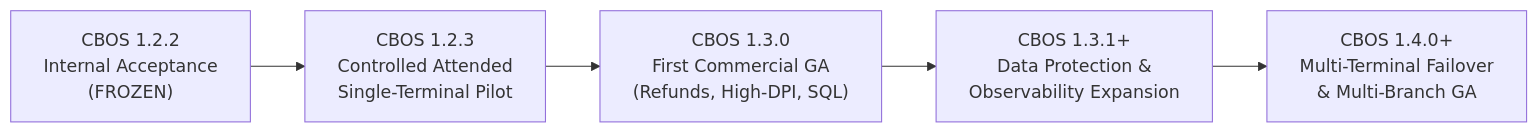
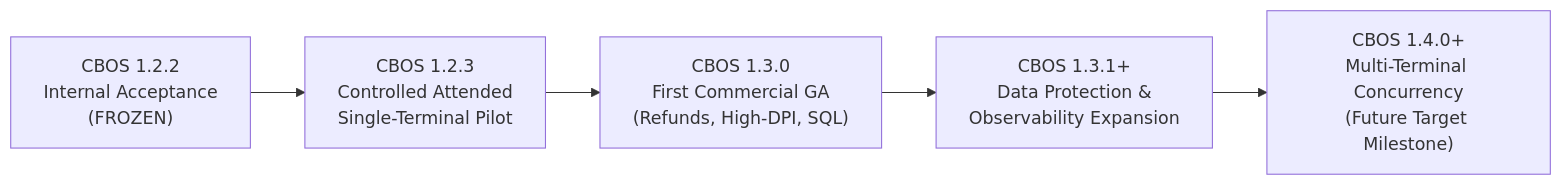
One commit to NadeemKhanLDR/Clovent-Business-Operating-System changed the diagram in docs/roadmap/engineering-roadmap.md. Above: the diagram before and after it, drawn with Mermaid. The commit also changed other lines of this file and 30 other files, not shown here.

````diff
--- a/docs/roadmap/engineering-roadmap.md
+++ b/docs/roadmap/engineering-roadmap.md
@@ -23,10 +25,10 @@
 ```mermaid
 flowchart LR
     M122["CBOS 1.2.2<br/>Internal Acceptance<br/>(FROZEN)"]
     M123["CBOS 1.2.3<br/>Controlled Attended<br/>Single-Terminal Pilot"]
     M130["CBOS 1.3.0<br/>First Commercial GA<br/>(Refunds, High-DPI, SQL)"]
     M131["CBOS 1.3.1+<br/>Data Protection &<br/>Observability Expansion"]
-    M140["CBOS 1.4.0+<br/>Multi-Terminal Failover<br/>& Multi-Branch GA"]
+    M140["CBOS 1.4.0+<br/>Multi-Terminal Concurrency<br/>(Future Target Milestone)"]
 
     M122 --> M123 --> M130 --> M131 --> M140
 ```
````
